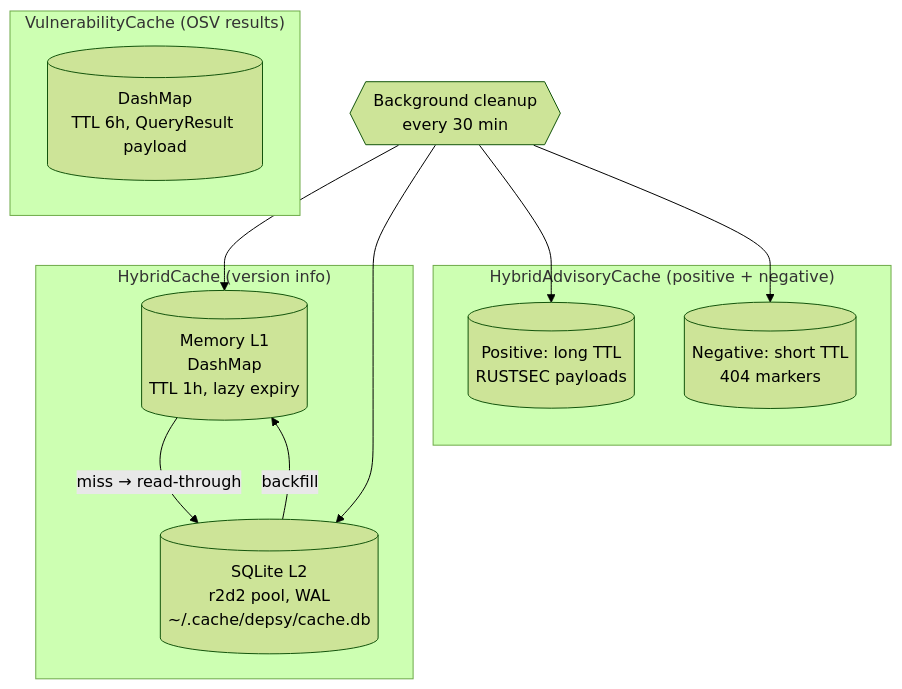
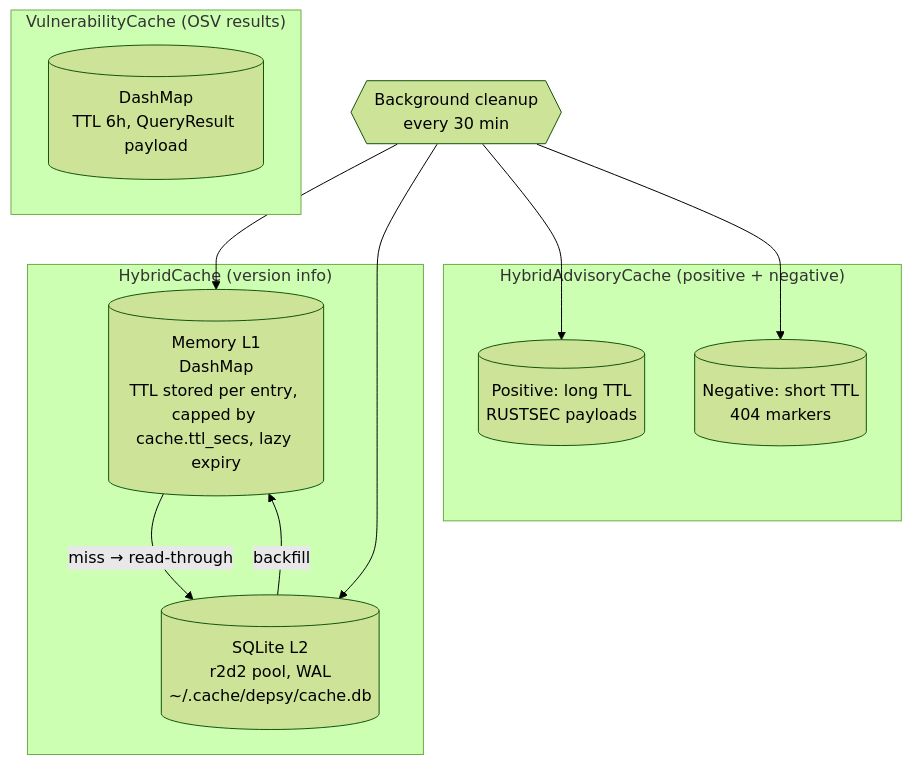
Before and after one commit to mpiton/zed-depsy: the third of 4 diagrams in docs/architecture.md, drawn with Mermaid (forest theme). The commit also changed other lines of this file and 9 other files, not shown here.

First line of the commit message:
fix(cache): honor cache.ttl_secs (#421)

````diff
--- a/docs/architecture.md
+++ b/docs/architecture.md
@@ -312,24 +312,24 @@
 ```mermaid
 flowchart TB
     subgraph hybrid["HybridCache (version info)"]
-        L1[("Memory L1<br/>DashMap<String, CacheEntry><br/>TTL 1h, lazy expiry")]
+        L1[("Memory L1<br/>DashMap<String, CacheEntry><br/>TTL stored per entry, capped by cache.ttl_secs, lazy expiry")]
         L2[("SQLite L2<br/>r2d2 pool, WAL<br/>~/.cache/depsy/cache.db")]
         L1 -->|miss → read-through| L2
         L2 -->|backfill| L1
     end
 
     subgraph vuln["VulnerabilityCache (OSV results)"]
         VS[("DashMap<VulnCacheKey, VulnCacheEntry><br/>TTL 6h, QueryResult payload")]
     end
 
     subgraph adv["HybridAdvisoryCache (positive + negative)"]
         AP[("Positive: long TTL<br/>RUSTSEC payloads")]
         AN[("Negative: short TTL<br/>404 markers")]
     end
 
     Cleanup{{"Background cleanup<br/>every 30 min"}}
     Cleanup --> L1
     Cleanup --> L2
     Cleanup --> AP
     Cleanup --> AN
 ```
````
